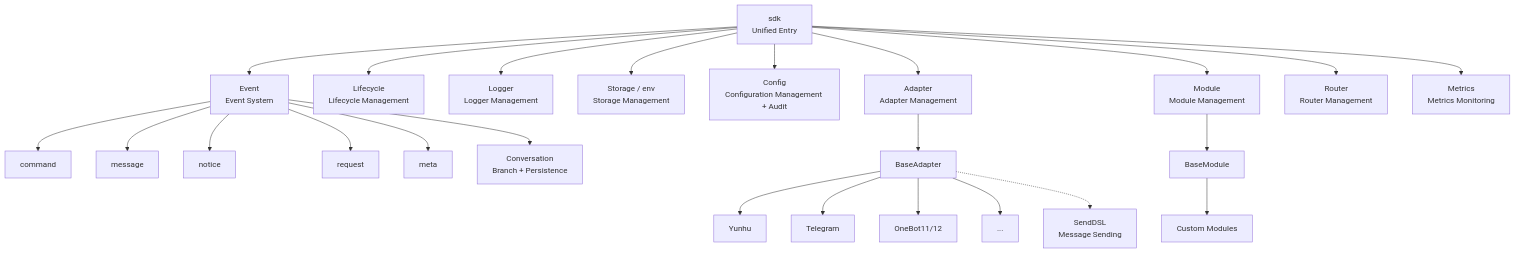
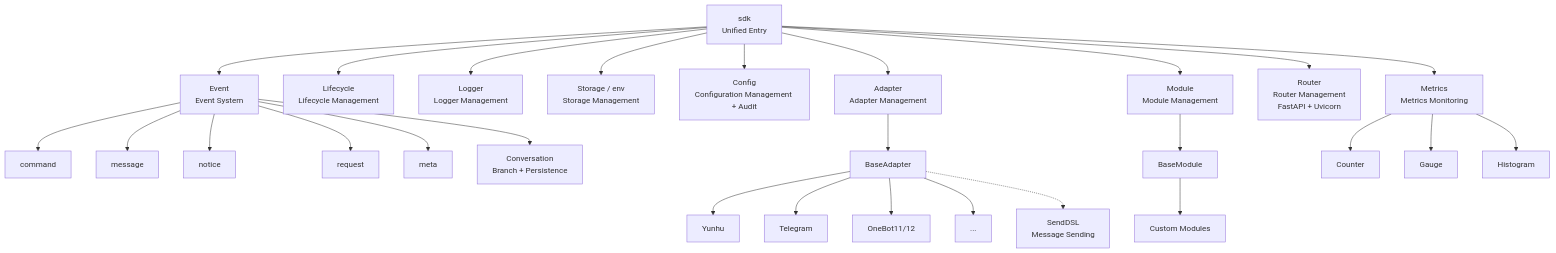
Before and after one commit to ErisPulse/ErisPulse: the first of 5 diagrams in docs/en/ai-support/prompts/ErisPulse-AdapterDev.md, drawn with Mermaid. The commit also changed other lines of this file and 112 other files, not shown here.

````diff
--- a/docs/en/ai-support/prompts/ErisPulse-AdapterDev.md
+++ b/docs/en/ai-support/prompts/ErisPulse-AdapterDev.md
@@ -52,32 +52,36 @@
 ```mermaid
 graph TB
     SDK["sdk<br/>Unified Entry"]
 
     SDK --> Event["Event<br/>Event System"]
     SDK --> Lifecycle["Lifecycle<br/>Lifecycle Management"]
     SDK --> Logger["Logger<br/>Logger Management"]
     SDK --> Storage["Storage / env<br/>Storage Management"]
     SDK --> Config["Config<br/>Configuration Management + Audit"]
     SDK --> AdapterMgr["Adapter<br/>Adapter Management"]
     SDK --> ModuleMgr["Module<br/>Module Management"]
-    SDK --> Router["Router<br/>Router Management"]
+    SDK --> Router["Router<br/>Router Management<br/>FastAPI + Uvicorn"]
     SDK --> Metrics["Metrics<br/>Metrics Monitoring"]
 
     Event --> Command["command"]
     Event --> Message["message"]
     Event --> Notice["notice"]
     Event --> Request["request"]
     Event --> Meta["meta"]
     Event --> Conversation["Conversation<br/>Branch + Persistence"]
 
     AdapterMgr --> BaseAdapter["BaseAdapter"]
     BaseAdapter --> P1["Yunhu"]
     BaseAdapter --> P2["Telegram"]
     BaseAdapter --> P3["OneBot11/12"]
     BaseAdapter --> PN["..."]
 
     ModuleMgr --> BaseModule["BaseModule"]
     BaseModule --> CM["Custom Modules"]
 
     BaseAdapter -.-> SendDSL["SendDSL<br/>Message Sending"]
+
+    Metrics --> Counter["Counter"]
+    Metrics --> Gauge["Gauge"]
+    Metrics --> Histogram["Histogram"]
 ```
````
